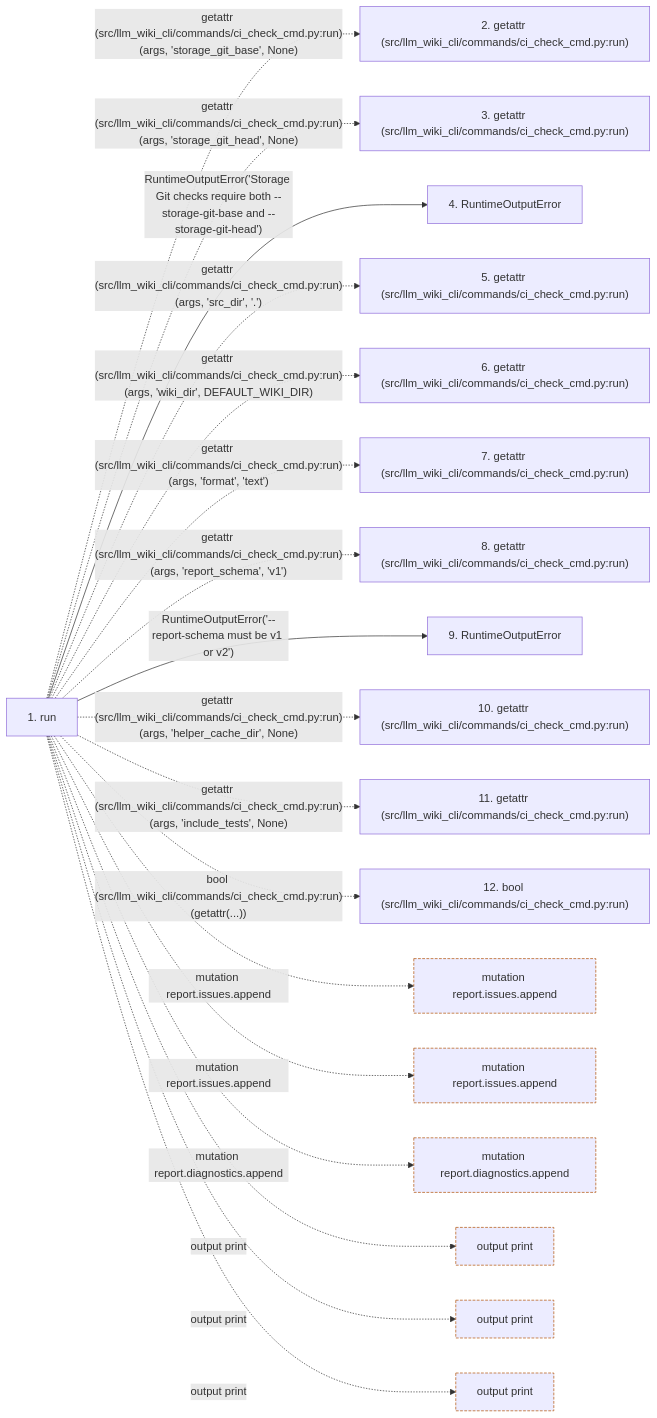
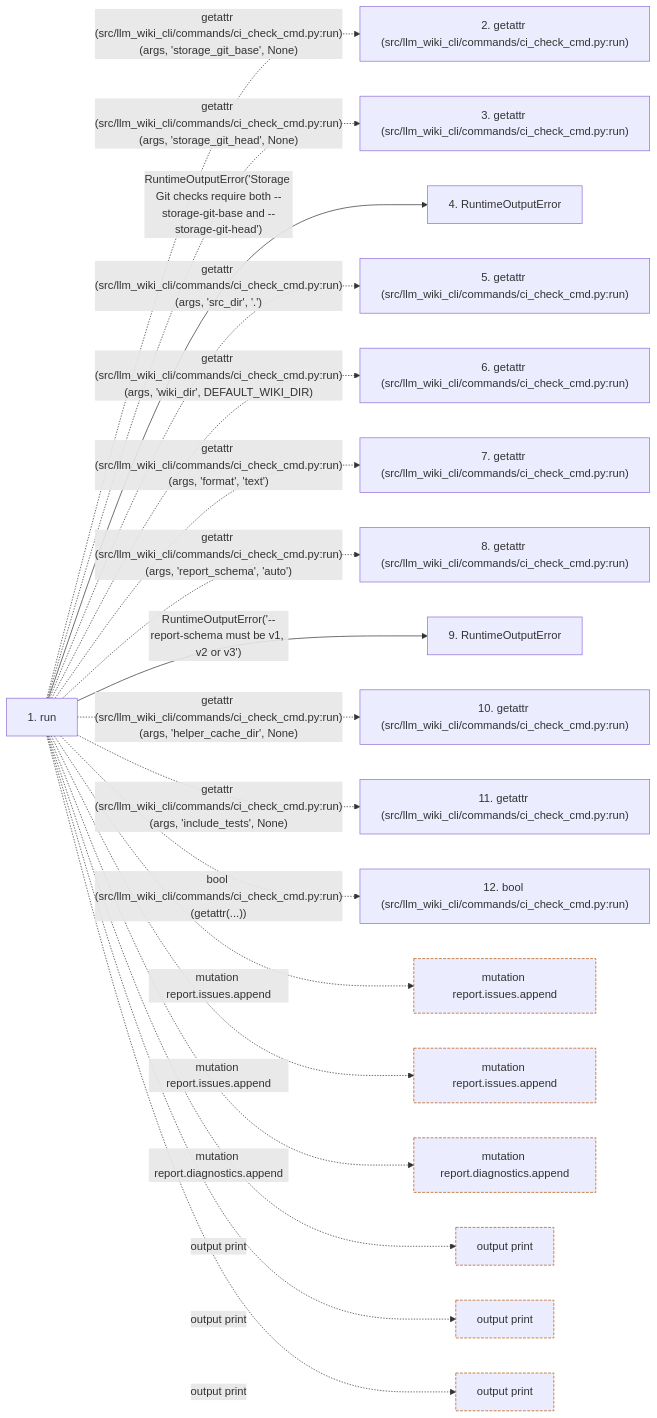
The second of 2 diagrams in docs/llm_wiki/flows/cli-ci-check.md (Denissvgn/python-wiki-llm), drawn with Mermaid before and after one commit. The commit also changed other lines of this file and 727 other files, not shown here.

````diff
--- a/docs/llm_wiki/flows/cli-ci-check.md
+++ b/docs/llm_wiki/flows/cli-ci-check.md
@@ -131,48 +136,48 @@
 ```mermaid
 flowchart LR
     s1["1. run"]
     s2["2. getattr (src/llm_wiki_cli/commands/ci_check_cmd.py:run)"]
     s3["3. getattr (src/llm_wiki_cli/commands/ci_check_cmd.py:run)"]
     s4["4. RuntimeOutputError"]
     s5["5. getattr (src/llm_wiki_cli/commands/ci_check_cmd.py:run)"]
     s6["6. getattr (src/llm_wiki_cli/commands/ci_check_cmd.py:run)"]
     s7["7. getattr (src/llm_wiki_cli/commands/ci_check_cmd.py:run)"]
     s8["8. getattr (src/llm_wiki_cli/commands/ci_check_cmd.py:run)"]
     s9["9. RuntimeOutputError"]
     s10["10. getattr (src/llm_wiki_cli/commands/ci_check_cmd.py:run)"]
     s11["11. getattr (src/llm_wiki_cli/commands/ci_check_cmd.py:run)"]
     s12["12. bool (src/llm_wiki_cli/commands/ci_check_cmd.py:run)"]
     s1 -. "getattr (src/llm_wiki_cli/commands/ci_check_cmd.py:run)(args, 'storage_git_base', None)" .-> s2
     s1 -. "getattr (src/llm_wiki_cli/commands/ci_check_cmd.py:run)(args, 'storage_git_head', None)" .-> s3
     s1 -->|"RuntimeOutputError('Storage Git checks require both --storage-git-base and --storage-git-head')"| s4
     s1 -. "getattr (src/llm_wiki_cli/commands/ci_check_cmd.py:run)(args, 'src_dir', '.')" .-> s5
     s1 -. "getattr (src/llm_wiki_cli/commands/ci_check_cmd.py:run)(args, 'wiki_dir', DEFAULT_WIKI_DIR)" .-> s6
     s1 -. "getattr (src/llm_wiki_cli/commands/ci_check_cmd.py:run)(args, 'format', 'text')" .-> s7
-    s1 -. "getattr (src/llm_wiki_cli/commands/ci_check_cmd.py:run)(args, 'report_schema', 'v1')" .-> s8
-    s1 -->|"RuntimeOutputError('--report-schema must be v1 or v2')"| s9
+    s1 -. "getattr (src/llm_wiki_cli/commands/ci_check_cmd.py:run)(args, 'report_schema', 'auto')" .-> s8
+    s1 -->|"RuntimeOutputError('--report-schema must be v1, v2 or v3')"| s9
     s1 -. "getattr (src/llm_wiki_cli/commands/ci_check_cmd.py:run)(args, 'helper_cache_dir', None)" .-> s10
     s1 -. "getattr (src/llm_wiki_cli/commands/ci_check_cmd.py:run)(args, 'include_tests', None)" .-> s11
     s1 -. "bool (src/llm_wiki_cli/commands/ci_check_cmd.py:run)(getattr(...))" .-> s12
     b0["mutation report.issues.append"]
     s1 -. "mutation report.issues.append" .-> b0
     b1["mutation report.issues.append"]
     s1 -. "mutation report.issues.append" .-> b1
     b2["mutation report.diagnostics.append"]
     s1 -. "mutation report.diagnostics.append" .-> b2
     b3["output print"]
     s1 -. "output print" .-> b3
     b4["output print"]
     s1 -. "output print" .-> b4
     b5["output print"]
     s1 -. "output print" .-> b5
     click s1 "../modules/ci_check_cmd.md"
     click s4 "../modules/runtime_output.md"
     click s9 "../modules/runtime_output.md"
     classDef boundary stroke:#b45309,stroke-dasharray: 4 2
     class b0 boundary
     class b1 boundary
     class b2 boundary
     class b3 boundary
     class b4 boundary
     class b5 boundary
 ```
````
